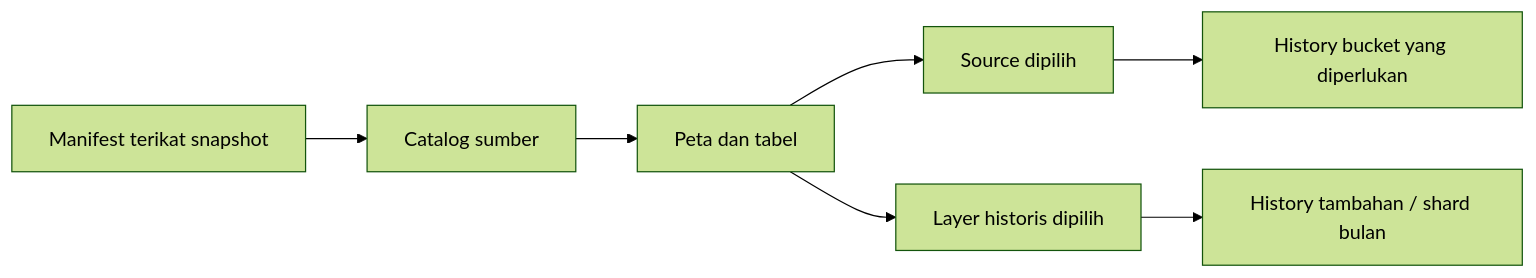
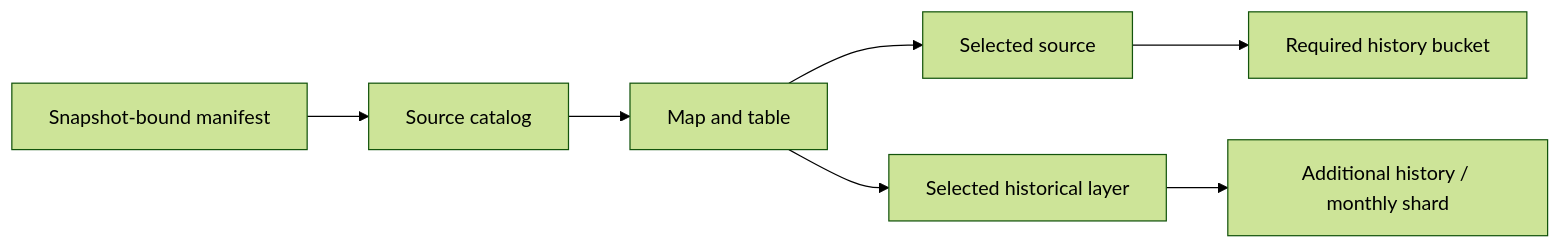
The diagram in docs/architecture/real-map.md (AndroLay/MethaneResponse), drawn with Mermaid (forest theme) before and after one commit. The commit also changed other lines of this file and 127 other files, not shown here.

````diff
--- a/docs/architecture/real-map.md
+++ b/docs/architecture/real-map.md
@@ -19,9 +19,9 @@
 ```mermaid
 flowchart LR
-  M[Manifest terikat snapshot] --> C[Catalog sumber]
-  C --> P[Peta dan tabel]
-  P --> S[Source dipilih]
-  S --> H[History bucket yang diperlukan]
-  P --> L[Layer historis dipilih]
-  L --> B[History tambahan / shard bulan]
+  M[Snapshot-bound manifest] --> C[Source catalog]
+  C --> P[Map and table]
+  P --> S[Selected source]
+  S --> H[Required history bucket]
+  P --> L[Selected historical layer]
+  L --> B[Additional history / monthly shard]
 ```
````
